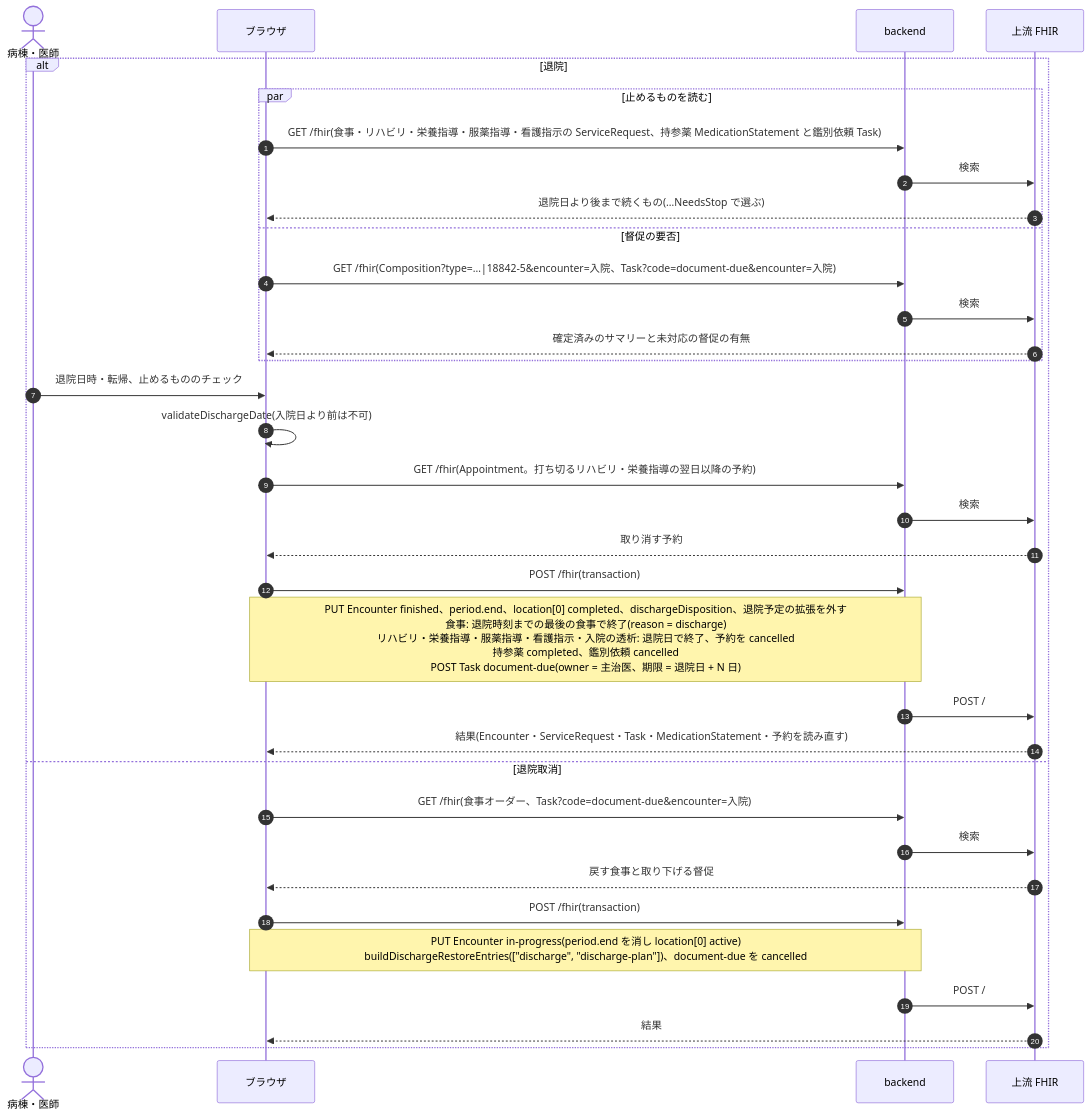
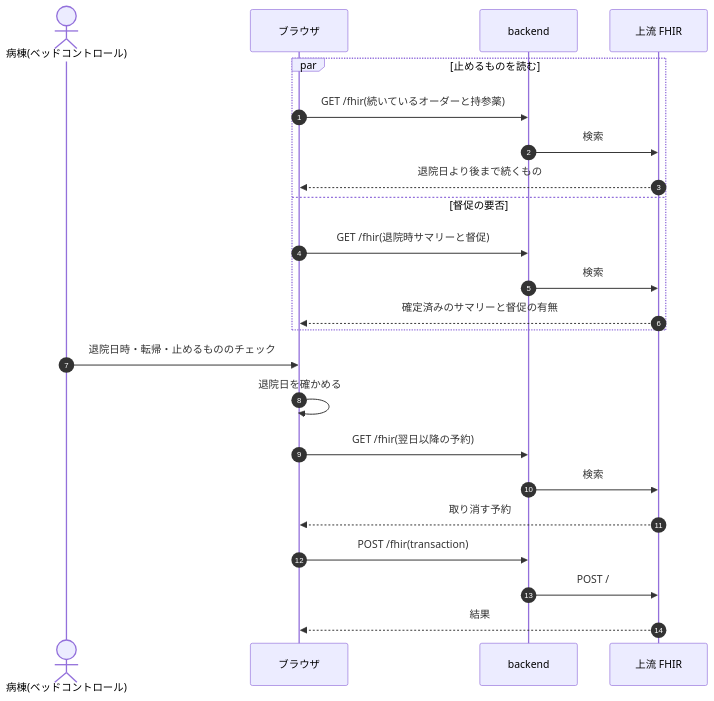
Before and after one commit to ysnr-dev/fhir-client-docs: the sixth of 7 diagrams in docs/dev/admission-discharge.md, drawn with Mermaid. The commit also changed other lines of this file and 43 other files, not shown here.

Commit message:
docs: 業務フローとシーケンス図を写し直し

````diff
--- a/docs/dev/admission-discharge.md
+++ b/docs/dev/admission-discharge.md
@@ -166,37 +261,26 @@
 ```mermaid
 sequenceDiagram
   autonumber
-  actor Ns as 病棟・医師
+  actor Ns as 病棟(ベッドコントロール)
   participant UI as ブラウザ
   participant BE as backend
   participant FHIR as 上流 FHIR
 
-  alt 退院
-    par 止めるものを読む
-      UI->>BE: GET /fhir(食事・リハビリ・栄養指導・服薬指導・看護指示の ServiceRequest、持参薬 MedicationStatement と鑑別依頼 Task)
-      BE->>FHIR: 検索
-      FHIR-->>UI: 退院日より後まで続くもの(…NeedsStop で選ぶ)
-    and 督促の要否
-      UI->>BE: GET /fhir(Composition?type=…|18842-5&encounter=入院、Task?code=document-due&encounter=入院)
-      BE->>FHIR: 検索
-      FHIR-->>UI: 確定済みのサマリーと未対応の督促の有無
-    end
-    Ns->>UI: 退院日時・転帰、止めるもののチェック
-    UI->>UI: validateDischargeDate(入院日より前は不可)
-    UI->>BE: GET /fhir(Appointment。打ち切るリハビリ・栄養指導の翌日以降の予約)
+  par 止めるものを読む
+    UI->>BE: GET /fhir(続いているオーダーと持参薬)
     BE->>FHIR: 検索
-    FHIR-->>UI: 取り消す予約
-    UI->>BE: POST /fhir(transaction)
-    Note over UI,BE: PUT Encounter finished、period.end、location[0] completed、dischargeDisposition、退院予定の拡張を外す<br/>食事: 退院時刻までの最後の食事で終了(reason = discharge)<br/>リハビリ・栄養指導・服薬指導・看護指示・入院の透析: 退院日で終了、予約を cancelled<br/>持参薬 completed、鑑別依頼 cancelled<br/>POST Task document-due(owner = 主治医、期限 = 退院日 + N 日)
-    BE->>FHIR: POST /
-    FHIR-->>UI: 結果(Encounter・ServiceRequest・Task・MedicationStatement・予約を読み直す)
-  else 退院取消
-    UI->>BE: GET /fhir(食事オーダー、Task?code=document-due&encounter=入院)
+    FHIR-->>UI: 退院日より後まで続くもの
+  and 督促の要否
+    UI->>BE: GET /fhir(退院時サマリーと督促)
     BE->>FHIR: 検索
-    FHIR-->>UI: 戻す食事と取り下げる督促
-    UI->>BE: POST /fhir(transaction)
-    Note over UI,BE: PUT Encounter in-progress(period.end を消し location[0] active)<br/>buildDischargeRestoreEntries(["discharge", "discharge-plan"])、document-due を cancelled
-    BE->>FHIR: POST /
-    FHIR-->>UI: 結果
+    FHIR-->>UI: 確定済みのサマリーと督促の有無
   end
+  Ns->>UI: 退院日時・転帰・止めるもののチェック
+  UI->>UI: 退院日を確かめる
+  UI->>BE: GET /fhir(翌日以降の予約)
+  BE->>FHIR: 検索
+  FHIR-->>UI: 取り消す予約
+  UI->>BE: POST /fhir(transaction)
+  BE->>FHIR: POST /
+  FHIR-->>UI: 結果
 ```
````
